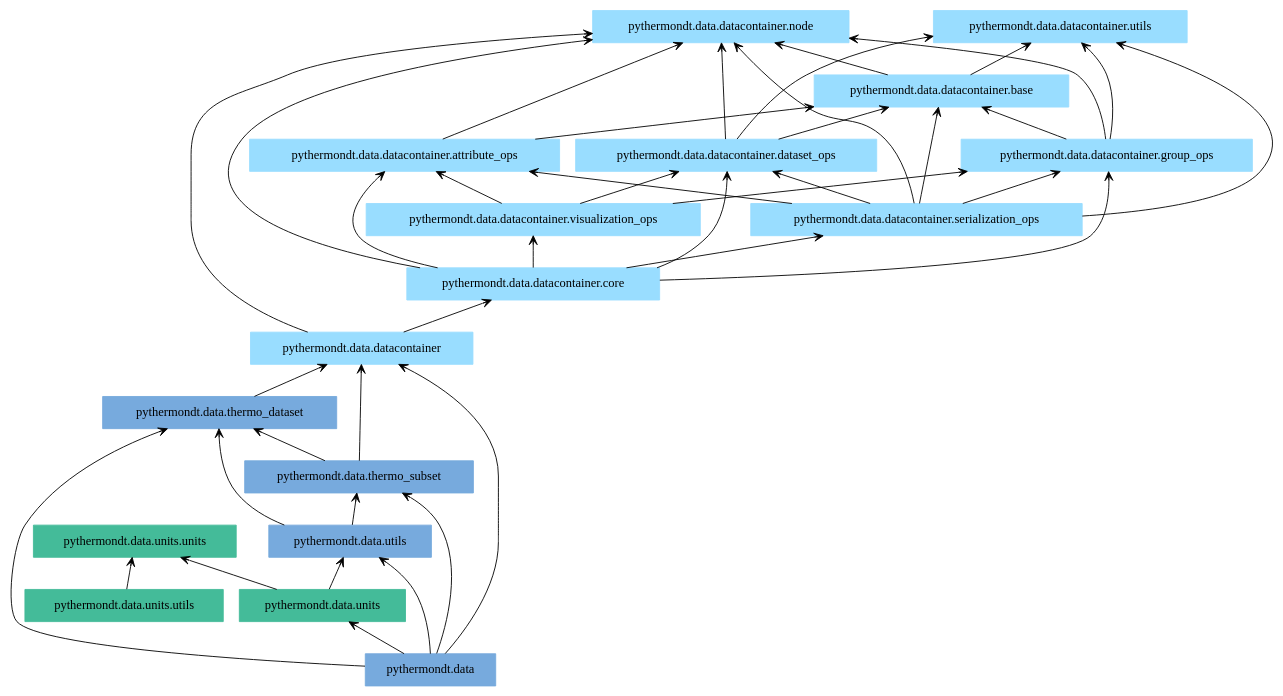
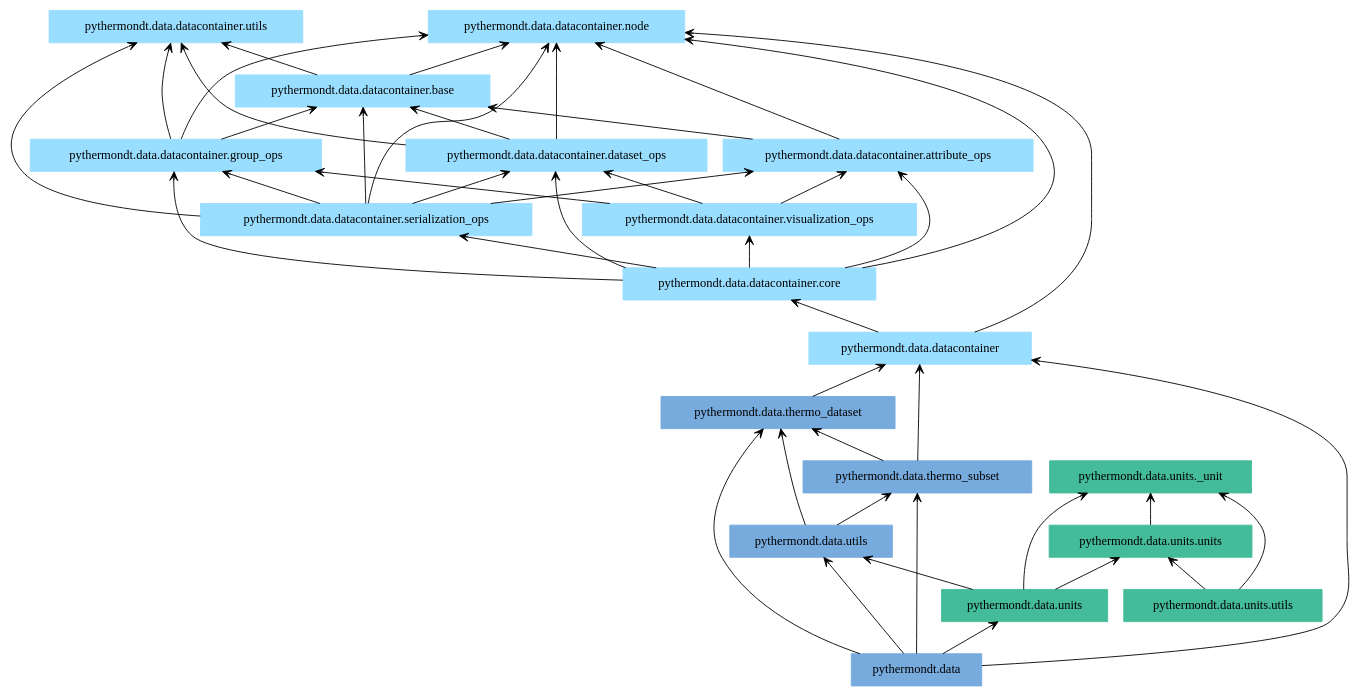
One commit to voidsy-gmbh/pyThermoNDT changed the diagram in docs/pyreverse/packages_pythermondt.data.gv. Above: the diagram before and after it, drawn with Graphviz. The commit also changed 13 other files, not shown here.

Commit message:
Update pyreverse diagrams

```diff
--- a/docs/pyreverse/packages_pythermondt.data.gv
+++ b/docs/pyreverse/packages_pythermondt.data.gv
@@ -1,61 +1,65 @@
 digraph "packages_pythermondt.data" {
 rankdir=BT
 charset="utf-8"
 "pythermondt.data" [color="#77AADD", label=<pythermondt.data>, shape="box", style="filled"];
 "pythermondt.data.datacontainer" [color="#99DDFF", label=<pythermondt.data.datacontainer>, shape="box", style="filled"];
 "pythermondt.data.datacontainer.attribute_ops" [color="#99DDFF", label=<pythermondt.data.datacontainer.attribute_ops>, shape="box", style="filled"];
 "pythermondt.data.datacontainer.base" [color="#99DDFF", label=<pythermondt.data.datacontainer.base>, shape="box", style="filled"];
 "pythermondt.data.datacontainer.core" [color="#99DDFF", label=<pythermondt.data.datacontainer.core>, shape="box", style="filled"];
 "pythermondt.data.datacontainer.dataset_ops" [color="#99DDFF", label=<pythermondt.data.datacontainer.dataset_ops>, shape="box", style="filled"];
 "pythermondt.data.datacontainer.group_ops" [color="#99DDFF", label=<pythermondt.data.datacontainer.group_ops>, shape="box", style="filled"];
 "pythermondt.data.datacontainer.node" [color="#99DDFF", label=<pythermondt.data.datacontainer.node>, shape="box", style="filled"];
 "pythermondt.data.datacontainer.serialization_ops" [color="#99DDFF", label=<pythermondt.data.datacontainer.serialization_ops>, shape="box", style="filled"];
 "pythermondt.data.datacontainer.utils" [color="#99DDFF", label=<pythermondt.data.datacontainer.utils>, shape="box", style="filled"];
 "pythermondt.data.datacontainer.visualization_ops" [color="#99DDFF", label=<pythermondt.data.datacontainer.visualization_ops>, shape="box", style="filled"];
 "pythermondt.data.thermo_dataset" [color="#77AADD", label=<pythermondt.data.thermo_dataset>, shape="box", style="filled"];
 "pythermondt.data.thermo_subset" [color="#77AADD", label=<pythermondt.data.thermo_subset>, shape="box", style="filled"];
 "pythermondt.data.units" [color="#44BB99", label=<pythermondt.data.units>, shape="box", style="filled"];
+"pythermondt.data.units._unit" [color="#44BB99", label=<pythermondt.data.units._unit>, shape="box", style="filled"];
 "pythermondt.data.units.units" [color="#44BB99", label=<pythermondt.data.units.units>, shape="box", style="filled"];
 "pythermondt.data.units.utils" [color="#44BB99", label=<pythermondt.data.units.utils>, shape="box", style="filled"];
 "pythermondt.data.utils" [color="#77AADD", label=<pythermondt.data.utils>, shape="box", style="filled"];
 "pythermondt.data" -> "pythermondt.data.datacontainer" [arrowhead="open", arrowtail="none"];
 "pythermondt.data" -> "pythermondt.data.thermo_dataset" [arrowhead="open", arrowtail="none"];
 "pythermondt.data" -> "pythermondt.data.thermo_subset" [arrowhead="open", arrowtail="none"];
 "pythermondt.data" -> "pythermondt.data.units" [arrowhead="open", arrowtail="none"];
 "pythermondt.data" -> "pythermondt.data.utils" [arrowhead="open", arrowtail="none"];
 "pythermondt.data.datacontainer" -> "pythermondt.data.datacontainer.core" [arrowhead="open", arrowtail="none"];
 "pythermondt.data.datacontainer" -> "pythermondt.data.datacontainer.node" [arrowhead="open", arrowtail="none"];
 "pythermondt.data.datacontainer.attribute_ops" -> "pythermondt.data.datacontainer.base" [arrowhead="open", arrowtail="none"];
 "pythermondt.data.datacontainer.attribute_ops" -> "pythermondt.data.datacontainer.node" [arrowhead="open", arrowtail="none"];
 "pythermondt.data.datacontainer.base" -> "pythermondt.data.datacontainer.node" [arrowhead="open", arrowtail="none"];
 "pythermondt.data.datacontainer.base" -> "pythermondt.data.datacontainer.utils" [arrowhead="open", arrowtail="none"];
 "pythermondt.data.datacontainer.core" -> "pythermondt.data.datacontainer.attribute_ops" [arrowhead="open", arrowtail="none"];
 "pythermondt.data.datacontainer.core" -> "pythermondt.data.datacontainer.dataset_ops" [arrowhead="open", arrowtail="none"];
 "pythermondt.data.datacontainer.core" -> "pythermondt.data.datacontainer.group_ops" [arrowhead="open", arrowtail="none"];
 "pythermondt.data.datacontainer.core" -> "pythermondt.data.datacontainer.node" [arrowhead="open", arrowtail="none"];
 "pythermondt.data.datacontainer.core" -> "pythermondt.data.datacontainer.serialization_ops" [arrowhead="open", arrowtail="none"];
 "pythermondt.data.datacontainer.core" -> "pythermondt.data.datacontainer.visualization_ops" [arrowhead="open", arrowtail="none"];
 "pythermondt.data.datacontainer.dataset_ops" -> "pythermondt.data.datacontainer.base" [arrowhead="open", arrowtail="none"];
 "pythermondt.data.datacontainer.dataset_ops" -> "pythermondt.data.datacontainer.node" [arrowhead="open", arrowtail="none"];
 "pythermondt.data.datacontainer.dataset_ops" -> "pythermondt.data.datacontainer.utils" [arrowhead="open", arrowtail="none"];
 "pythermondt.data.datacontainer.group_ops" -> "pythermondt.data.datacontainer.base" [arrowhead="open", arrowtail="none"];
 "pythermondt.data.datacontainer.group_ops" -> "pythermondt.data.datacontainer.node" [arrowhead="open", arrowtail="none"];
 "pythermondt.data.datacontainer.group_ops" -> "pythermondt.data.datacontainer.utils" [arrowhead="open", arrowtail="none"];
 "pythermondt.data.datacontainer.serialization_ops" -> "pythermondt.data.datacontainer.attribute_ops" [arrowhead="open", arrowtail="none"];
 "pythermondt.data.datacontainer.serialization_ops" -> "pythermondt.data.datacontainer.base" [arrowhead="open", arrowtail="none"];
 "pythermondt.data.datacontainer.serialization_ops" -> "pythermondt.data.datacontainer.dataset_ops" [arrowhead="open", arrowtail="none"];
 "pythermondt.data.datacontainer.serialization_ops" -> "pythermondt.data.datacontainer.group_ops" [arrowhead="open", arrowtail="none"];
 "pythermondt.data.datacontainer.serialization_ops" -> "pythermondt.data.datacontainer.node" [arrowhead="open", arrowtail="none"];
 "pythermondt.data.datacontainer.serialization_ops" -> "pythermondt.data.datacontainer.utils" [arrowhead="open", arrowtail="none"];
 "pythermondt.data.datacontainer.visualization_ops" -> "pythermondt.data.datacontainer.attribute_ops" [arrowhead="open", arrowtail="none"];
 "pythermondt.data.datacontainer.visualization_ops" -> "pythermondt.data.datacontainer.dataset_ops" [arrowhead="open", arrowtail="none"];
 "pythermondt.data.datacontainer.visualization_ops" -> "pythermondt.data.datacontainer.group_ops" [arrowhead="open", arrowtail="none"];
 "pythermondt.data.thermo_dataset" -> "pythermondt.data.datacontainer" [arrowhead="open", arrowtail="none"];
 "pythermondt.data.thermo_subset" -> "pythermondt.data.datacontainer" [arrowhead="open", arrowtail="none"];
 "pythermondt.data.thermo_subset" -> "pythermondt.data.thermo_dataset" [arrowhead="open", arrowtail="none"];
+"pythermondt.data.units" -> "pythermondt.data.units._unit" [arrowhead="open", arrowtail="none"];
 "pythermondt.data.units" -> "pythermondt.data.units.units" [arrowhead="open", arrowtail="none"];
 "pythermondt.data.units" -> "pythermondt.data.utils" [arrowhead="open", arrowtail="none"];
+"pythermondt.data.units.units" -> "pythermondt.data.units._unit" [arrowhead="open", arrowtail="none"];
+"pythermondt.data.units.utils" -> "pythermondt.data.units._unit" [arrowhead="open", arrowtail="none"];
 "pythermondt.data.units.utils" -> "pythermondt.data.units.units" [arrowhead="open", arrowtail="none"];
 "pythermondt.data.utils" -> "pythermondt.data.thermo_dataset" [arrowhead="open", arrowtail="none"];
 "pythermondt.data.utils" -> "pythermondt.data.thermo_subset" [arrowhead="open", arrowtail="none"];
 }
```
